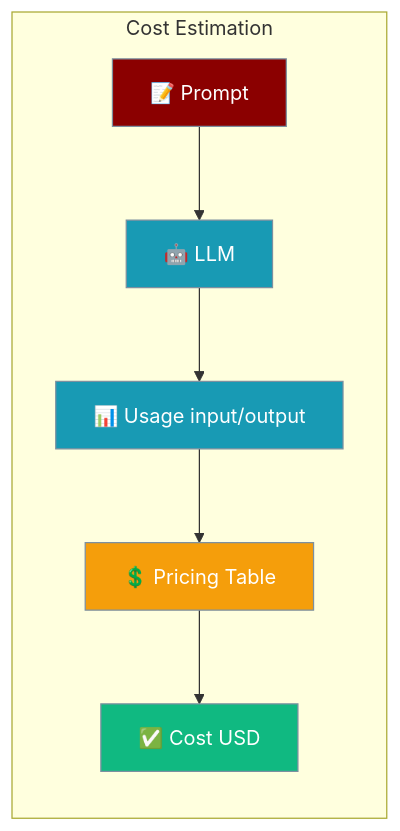
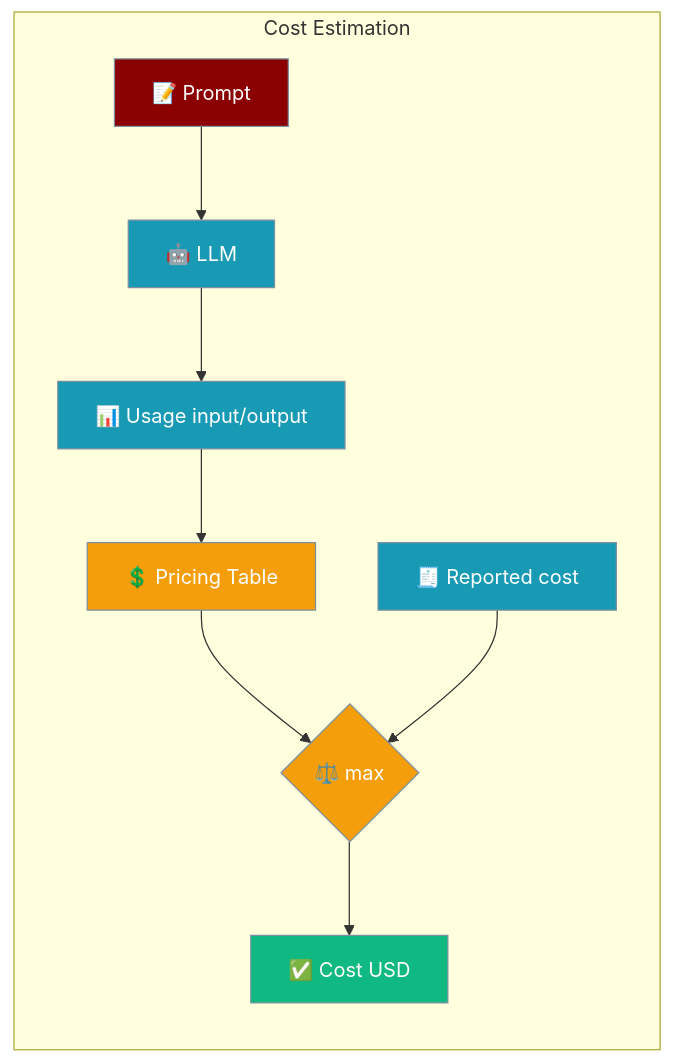
The first of 4 diagrams in docs/features/cost-tracking.mdx (MervinPraison/PraisonAIDocs), drawn with Mermaid before and after one commit. The commit also changed other lines of this file and 1 other file, not shown here.

Commit message:
fix: document prompt-cache token pricing and provider-reported cost floor (fixes #4815)

````diff
--- a/docs/features/cost-tracking.mdx
+++ b/docs/features/cost-tracking.mdx
@@ -10,20 +10,23 @@
 ```mermaid
 graph LR
     subgraph "Cost Estimation"
         A[📝 Prompt] --> B[🤖 LLM]
         B --> C[📊 Usage input/output]
         C --> D[💲 Pricing Table]
-        D --> E[✅ Cost USD]
+        D --> F{⚖️ max}
+        R[🧾 Reported cost] --> F
+        F --> E[✅ Cost USD]
     end
 
     classDef input fill:#8B0000,stroke:#7C90A0,color:#fff
     classDef process fill:#189AB4,stroke:#7C90A0,color:#fff
     classDef pricing fill:#F59E0B,stroke:#7C90A0,color:#fff
     classDef output fill:#10B981,stroke:#7C90A0,color:#fff
 
     class A input
     class B process
     class C process
-    class D pricing
+    class D,F pricing
+    class R process
     class E output
 ```
````
